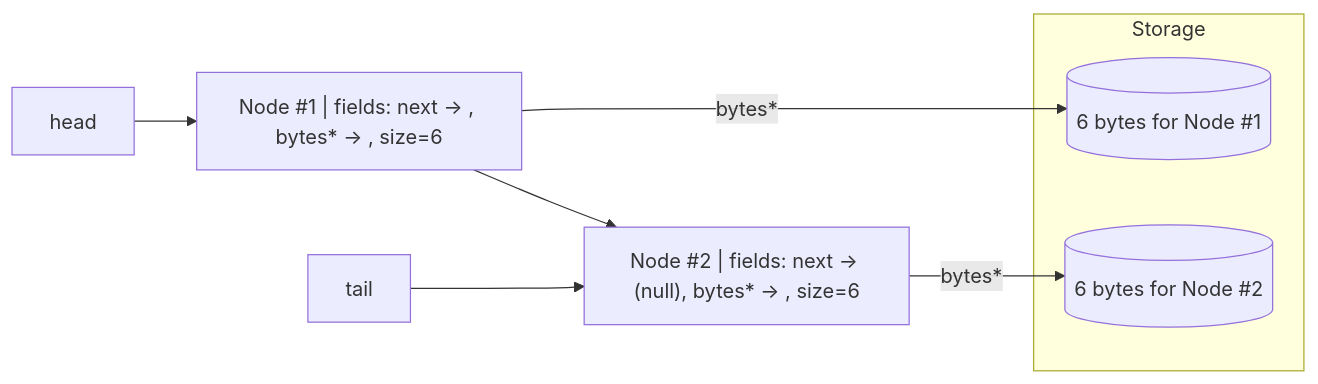
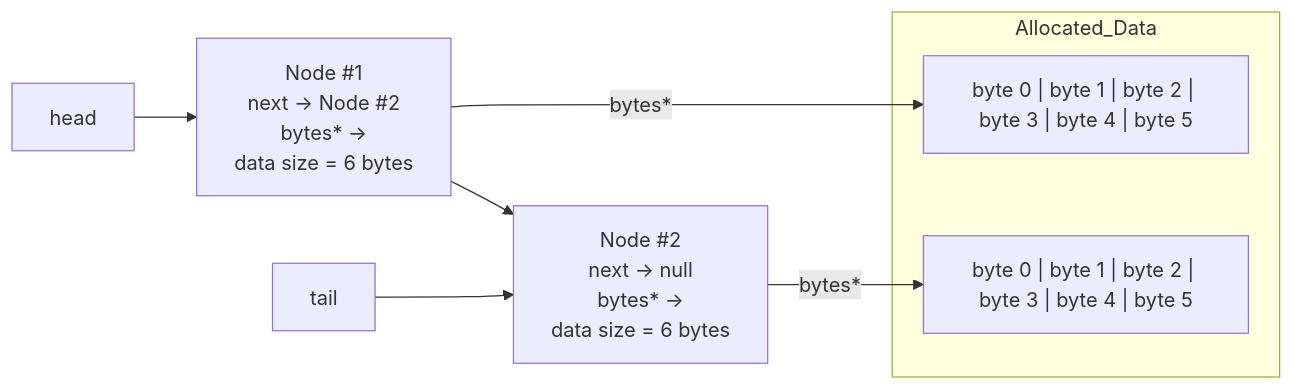
Before and after one commit to zainabghafoor0/SSU-CS-351: the diagram in Project-1/README.md, drawn with Mermaid. The commit also changed other lines of this file, not shown here.

````diff
--- a/Project-1/README.md
+++ b/Project-1/README.md
@@ -65,15 +65,24 @@
 ```mermaid
 flowchart LR
   H[head] --> N1
-  N1["Node #1 | fields: next -> , bytes* -> , size=6"] --> N2
-  N2["Node #2 | fields: next -> (null), bytes* -> , size=6"]
+  N1["Node #1
+  next -> Node #2
+  bytes* ->
+  data size = 6 bytes"] --> N2
+
+  N2["Node #2
+  next -> null
+  bytes* ->
+  data size = 6 bytes"]
+
   T[tail] --> N2
 
-  subgraph Storage
-    B1[(6 bytes for Node #1)]
-    B2[(6 bytes for Node #2)]
+  subgraph Allocated_Data
+    B1["byte 0 | byte 1 | byte 2 | byte 3 | byte 4 | byte 5"]
+    B2["byte 0 | byte 1 | byte 2 | byte 3 | byte 4 | byte 5"]
   end
 
   N1 -- bytes* --> B1
   N2 -- bytes* --> B2
+
 ```
````
